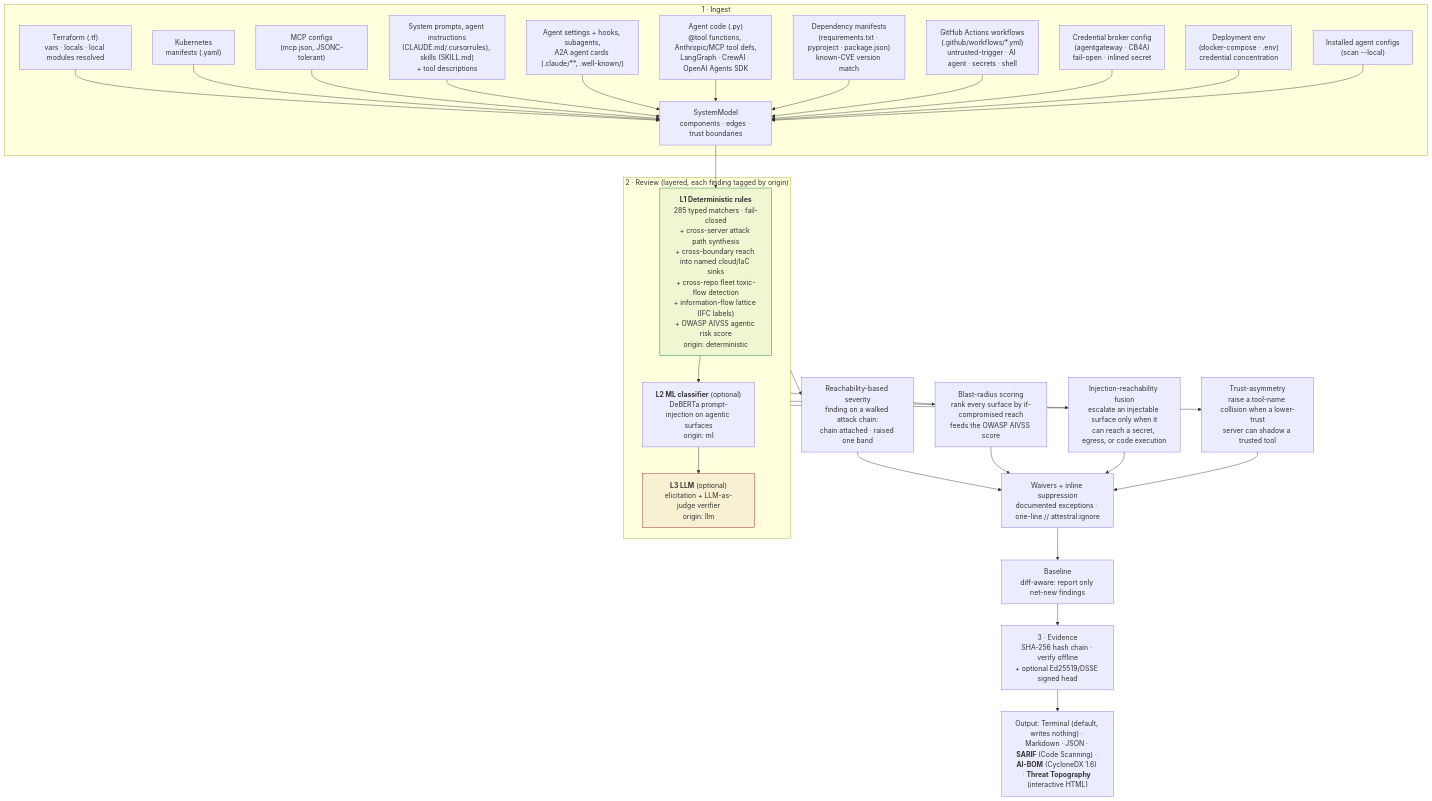
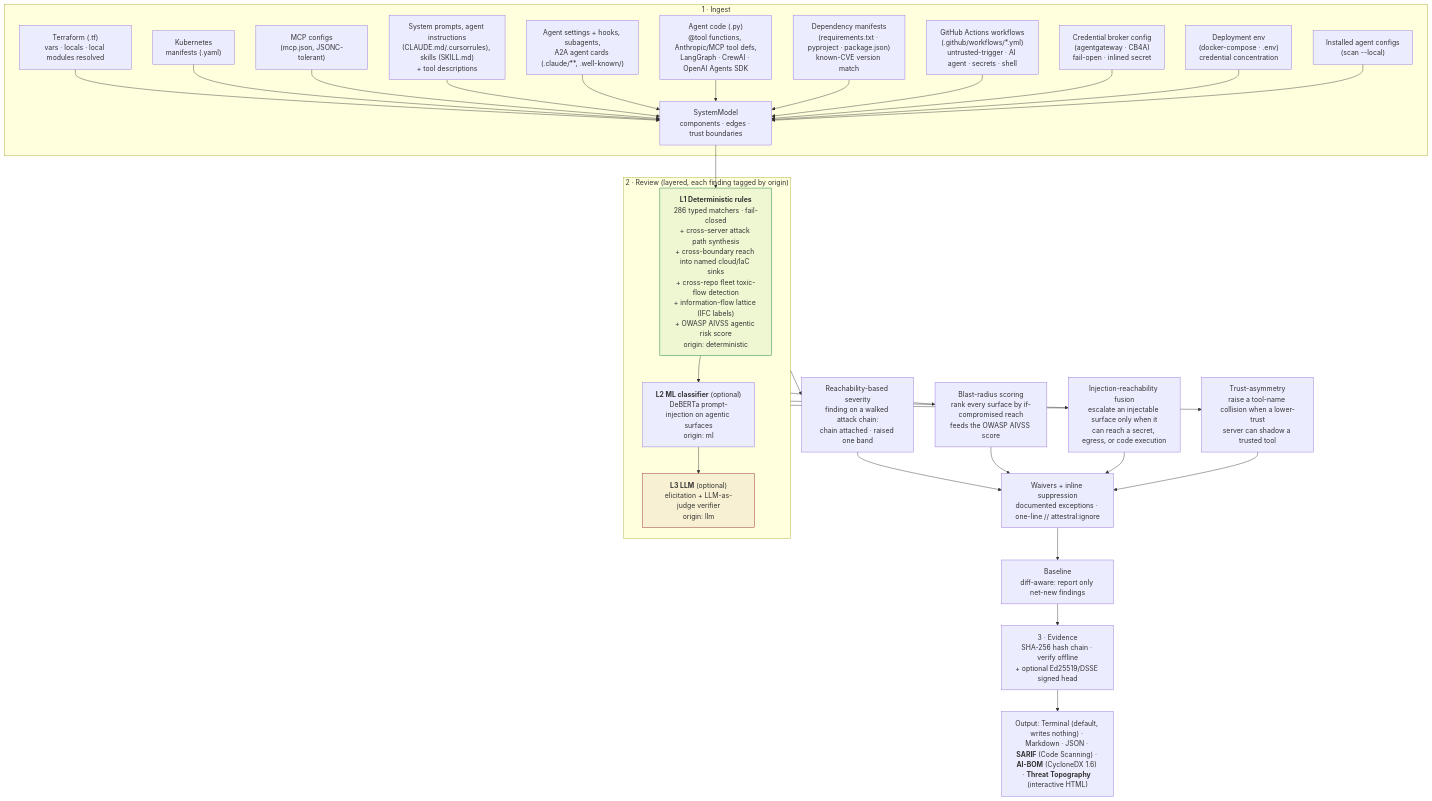
One commit to attestral-labs/attestral changed the first of 5 diagrams in README.md. Above: the diagram before and after it, drawn with Mermaid. The commit also changed other lines of this file and 20 other files, not shown here.

````diff
--- a/README.md
+++ b/README.md
@@ -124,37 +124,37 @@
 ```mermaid
 flowchart TB
     subgraph ING["1 · Ingest"]
         TF["Terraform (.tf)<br/>vars · locals · local modules resolved"] --> M
         K8S["Kubernetes<br/>manifests (.yaml)"] --> M
         MCP["MCP configs<br/>(mcp.json, JSONC-tolerant)"] --> M
         SP["System prompts, agent instructions<br/>(CLAUDE.md/.cursorrules), skills (SKILL.md)<br/>+ tool descriptions"] --> M
         AC["Agent settings + hooks, subagents,<br/>A2A agent cards (.claude/**, .well-known/)"] --> M
         CODE["Agent code (.py)<br/>@tool functions, Anthropic/MCP tool defs,<br/>LangGraph · CrewAI · OpenAI Agents SDK"] --> M
         DEP["Dependency manifests<br/>(requirements.txt · pyproject · package.json)<br/>known-CVE version match"] --> M
         GHA["GitHub Actions workflows<br/>(.github/workflows/*.yml)<br/>untrusted-trigger · AI agent · secrets · shell"] --> M
         GW["Credential broker config<br/>(agentgateway · CB4A)<br/>fail-open · inlined secret"] --> M
         DENV["Deployment env<br/>(docker-compose · .env)<br/>credential concentration"] --> M
         LC["Installed agent configs<br/>(scan --local)"] --> M
         M["SystemModel<br/>components · edges · trust boundaries"]
     end
     M --> L1
     subgraph REV["2 · Review (layered, each finding tagged by origin)"]
-        L1["<b>L1 Deterministic rules</b><br/>285 typed matchers · fail-closed<br/>+ cross-server attack path synthesis<br/>+ cross-boundary reach into named cloud/IaC sinks<br/>+ cross-repo fleet toxic-flow detection<br/>+ information-flow lattice (IFC labels)<br/>+ OWASP AIVSS agentic risk score<br/>origin: deterministic"]
+        L1["<b>L1 Deterministic rules</b><br/>286 typed matchers · fail-closed<br/>+ cross-server attack path synthesis<br/>+ cross-boundary reach into named cloud/IaC sinks<br/>+ cross-repo fleet toxic-flow detection<br/>+ information-flow lattice (IFC labels)<br/>+ OWASP AIVSS agentic risk score<br/>origin: deterministic"]
         L2["<b>L2 ML classifier</b> (optional)<br/>DeBERTa prompt-injection on agentic surfaces<br/>origin: ml"]
         L3["<b>L3 LLM</b> (optional)<br/>elicitation + LLM-as-judge verifier<br/>origin: llm"]
         L1 --> L2 --> L3
     end
     REV --> RS["Reachability-based severity<br/>finding on a walked attack chain:<br/>chain attached · raised one band"]
     REV --> BR["Blast-radius scoring<br/>rank every surface by if-compromised reach<br/>feeds the OWASP AIVSS score"]
     REV --> IR["Injection-reachability fusion<br/>escalate an injectable surface only when it<br/>can reach a secret, egress, or code execution"]
     REV --> TA["Trust-asymmetry<br/>raise a tool-name collision when a lower-trust<br/>server can shadow a trusted tool"]
     RS --> W["Waivers + inline suppression<br/>documented exceptions · one-line // attestral:ignore"]
     BR --> W
     IR --> W
     TA --> W
     W --> BL["Baseline<br/>diff-aware: report only net-new findings"]
     BL --> EV["3 · Evidence<br/>SHA-256 hash chain · verify offline<br/>+ optional Ed25519/DSSE signed head"]
     EV --> OUT["Output: Terminal (default, writes nothing) · Markdown · JSON · <b>SARIF</b> (Code Scanning) · <b>AI-BOM</b> (CycloneDX 1.6) · <b>Threat Topography</b> (interactive HTML)"]
     style L1 fill:#0a7d3611,stroke:#0a7d36
     style L3 fill:#96222E11,stroke:#96222E
 ```
````
